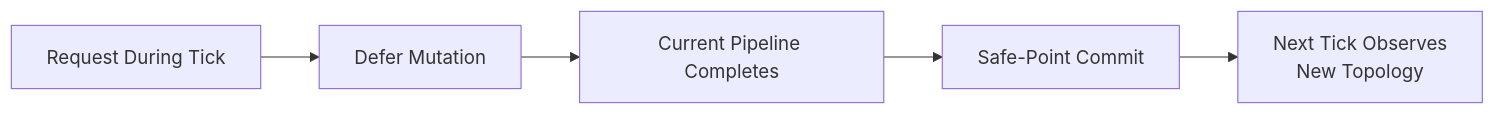
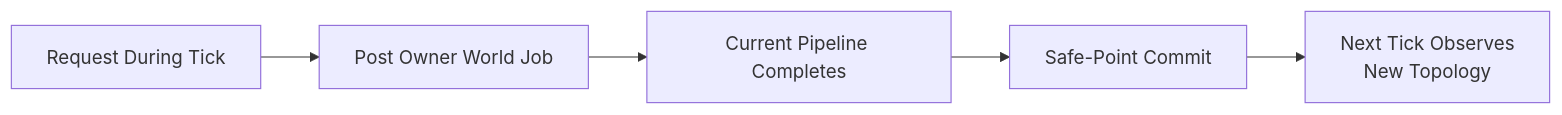
The third of 3 diagrams in content/Projects/Jam/Game World/03. Authoritative Simulation.md (akxotjr/akxotjr.github.io), drawn with Mermaid before and after one commit. The commit also changed other lines of this file and 34 other files, not shown here.

````diff
--- a/content/Projects/Jam/Game World/03. Authoritative Simulation.md
+++ b/content/Projects/Jam/Game World/03. Authoritative Simulation.md
@@ -78,9 +75,9 @@
 ```mermaid
 flowchart LR
 
     Request["Request During Tick"] --> 
-    Defer["Defer Mutation"] --> 
+    Defer["Post Owner World Job"] --> 
     Complete["Current Pipeline Completes"] --> 
     Commit["Safe-Point Commit"] --> 
     Next["Next Tick Observes<br/>New Topology"]
 ```
````
